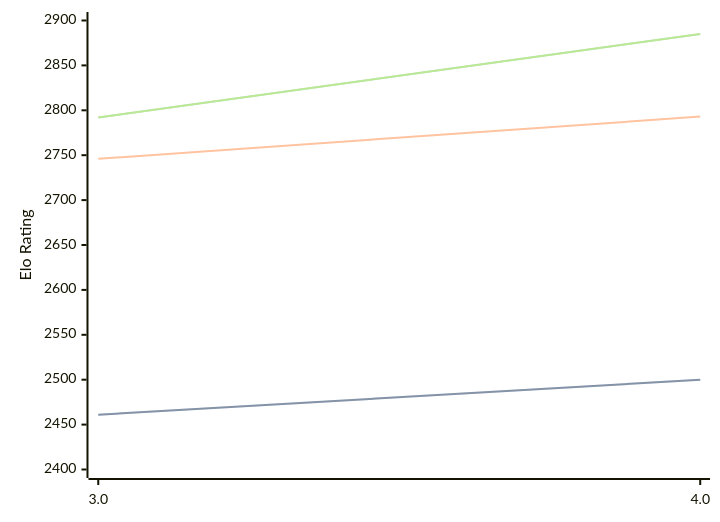
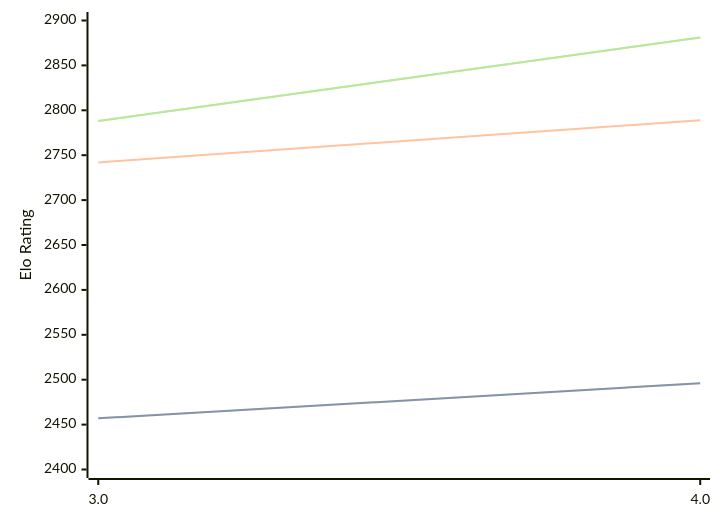
Before and after one commit to computer-chess-index/cci: the third of 3 diagrams in engines/Chess3.md, drawn with Mermaid. The commit also changed other lines of this file, not shown here.

Commit message:
Update CCI Ratings (ELO VLTC) - 2026-07-16

````diff
--- a/engines/Chess3.md
+++ b/engines/Chess3.md
@@ -67,11 +67,11 @@
 ```mermaid
 %%{init: {"theme":"base","themeVariables":{"seriesColors:['#a3a3a3','#222221','#faa371']}}}%%
 xychart-beta
   x-axis ["3.0", "4.0"]
   y-axis "Elo Rating" 2400 --> 2900
-  line "STC (8.0+0.08s)" [2461, 2500]
-  line "STC (8.0+0.08s)" [2461, 2500]
-  line "LTC (60.0+0.60s)" [2746, 2793]
-  line "VLTC (2m24s+1.12s)" [2792, 2885]
-  line "VLTC (2m24s+1.12s)" [2792, 2885]
+  line "STC (8.0+0.08s)" [2457, 2496]
+  line "STC (8.0+0.08s)" [2457, 2496]
+  line "LTC (60.0+0.60s)" [2742, 2789]
+  line "VLTC (2m24s+1.12s)" [2788, 2881]
+  line "VLTC (2m24s+1.12s)" [2788, 2881]
 ```
````
